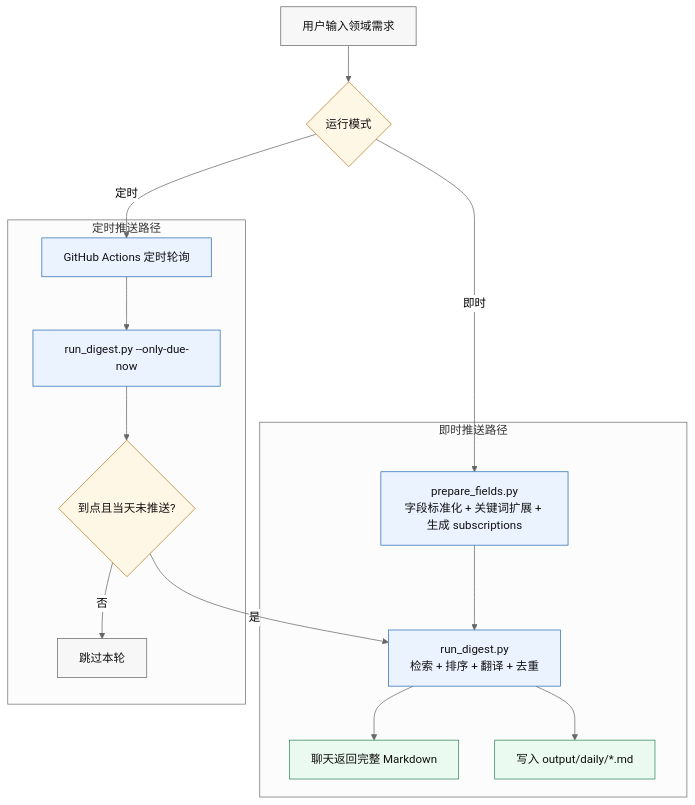
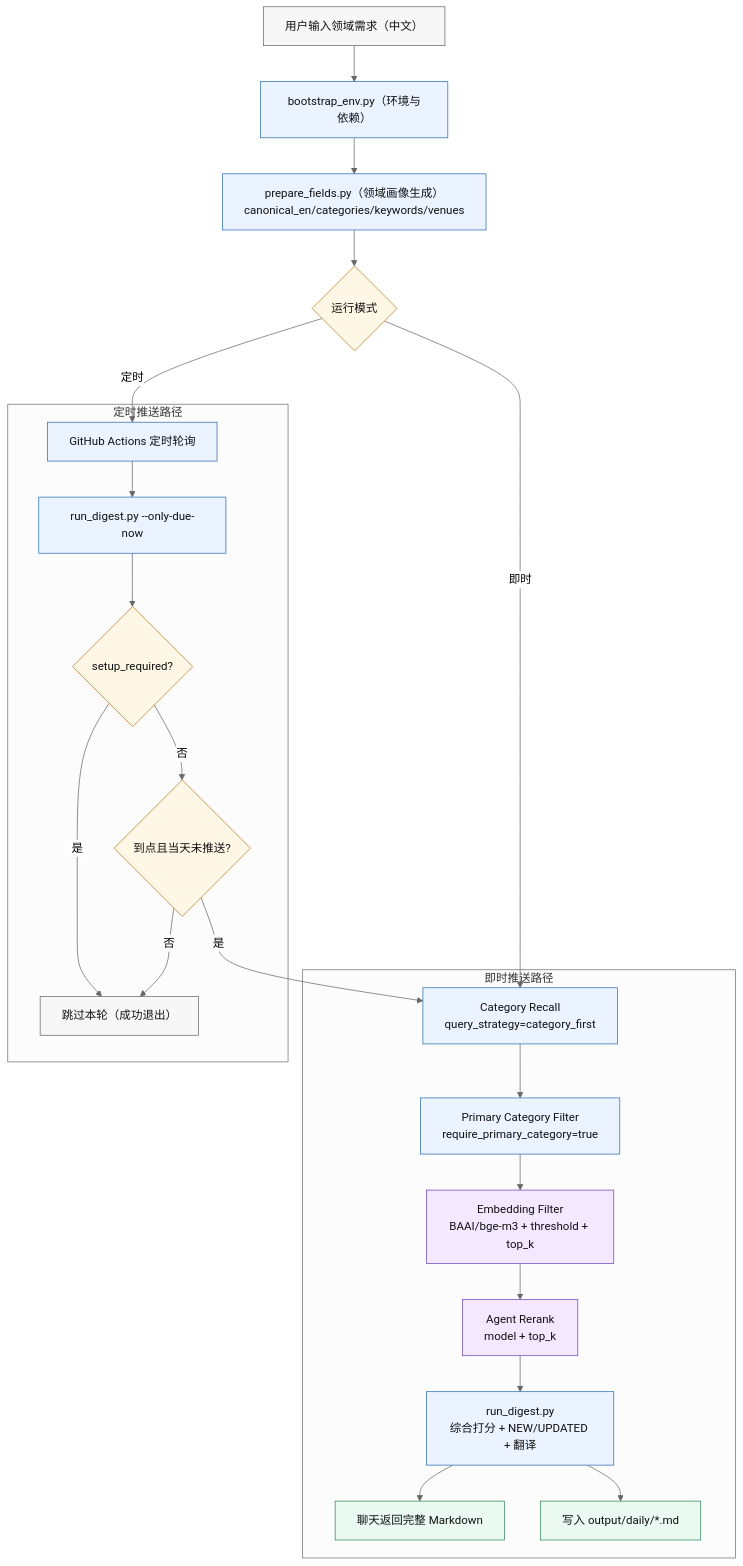
One commit to Ricardo-Ping/agent-daily-paper changed the diagram in README.md. Above: the diagram before and after it, drawn with Mermaid (neutral theme).

Commit message:
docs(flow): update academic workflow diagram to relevance funnel pipeline

````diff
--- a/README.md
+++ b/README.md
@@ -15,31 +15,40 @@
 ```mermaid
 flowchart TB
     classDef io fill:#f7f7f7,stroke:#666,stroke-width:1px,color:#111;
     classDef process fill:#eaf3ff,stroke:#2b6cb0,stroke-width:1px,color:#111;
     classDef decision fill:#fff7e6,stroke:#b7791f,stroke-width:1px,color:#111;
     classDef output fill:#eafaf1,stroke:#2f855a,stroke-width:1px,color:#111;
+    classDef model fill:#f3e8ff,stroke:#6b46c1,stroke-width:1px,color:#111;
 
-    U["用户输入领域需求"]:::io --> M{"运行模式"}:::decision
+    U["用户输入领域需求（中文）"]:::io --> B["bootstrap_env.py（环境与依赖）"]:::process
+    B --> P1["prepare_fields.py（领域画像生成）<br/>canonical_en/categories/keywords/venues"]:::process
+    P1 --> M{"运行模式"}:::decision
 
     subgraph R1["即时推送路径"]
-      P1["prepare_fields.py<br/>字段标准化 + 关键词扩展 + 生成 subscriptions"]:::process
-      P2["run_digest.py<br/>检索 + 排序 + 翻译 + 去重"]:::process
+      Q1["Category Recall<br/>query_strategy=category_first"]:::process
+      Q2["Primary Category Filter<br/>require_primary_category=true"]:::process
+      Q3["Embedding Filter<br/>BAAI/bge-m3 + threshold + top_k"]:::model
+      Q4["Agent Rerank<br/>model + top_k"]:::model
+      P2["run_digest.py<br/>综合打分 + NEW/UPDATED + 翻译"]:::process
       O1["聊天返回完整 Markdown"]:::output
       O2["写入 output/daily/*.md"]:::output
-      P1 --> P2 --> O1
+      Q1 --> Q2 --> Q3 --> Q4 --> P2 --> O1
       P2 --> O2
     end
 
     subgraph R2["定时推送路径"]
       G1["GitHub Actions 定时轮询"]:::process
       G2["run_digest.py --only-due-now"]:::process
-      D1{"到点且当天未推送?"}:::decision
-      S1["跳过本轮"]:::io
+      D1{"setup_required?"}:::decision
+      D2{"到点且当天未推送?"}:::decision
+      S1["跳过本轮（成功退出）"]:::io
       G1 --> G2 --> D1
-      D1 -->|是| P2
-      D1 -->|否| S1
+      D1 -->|是| S1
+      D1 -->|否| D2
+      D2 -->|是| Q1
+      D2 -->|否| S1
     end
 
-    M -->|即时| P1
+    M -->|即时| Q1
     M -->|定时| G1
 ```
````
